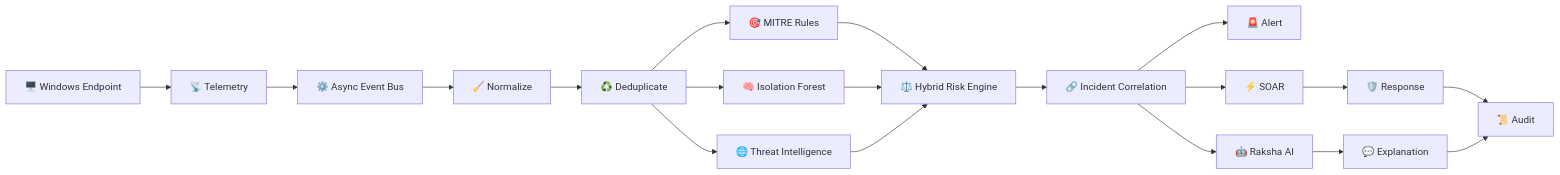
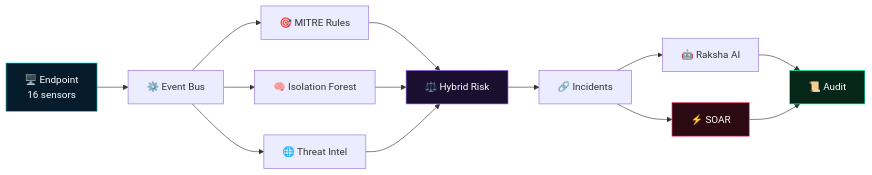
The first of 2 diagrams in README.md (jashchothani/KAVACH), drawn with Mermaid before and after one commit. The commit also changed other lines of this file, not shown here.

````diff
--- a/README.md
+++ b/README.md
@@ -327,28 +37,19 @@
 ```mermaid
 flowchart LR
-
-    A["🖥️ Windows Endpoint"] --> B["📡 Telemetry"]
-    B --> C["⚙️ Async Event Bus"]
-    C --> D["🧹 Normalize"]
-    D --> E["♻️ Deduplicate"]
-
-    E --> F["🎯 MITRE Rules"]
-    E --> G["🧠 Isolation Forest"]
-    E --> H["🌐 Threat Intelligence"]
-
-    F --> I["⚖️ Hybrid Risk Engine"]
-    G --> I
-    H --> I
-
-    I --> J["🔗 Incident Correlation"]
-
-    J --> K["🚨 Alert"]
-    J --> L["⚡ SOAR"]
-    J --> M["🤖 Raksha AI"]
-
-    L --> N["🛡️ Response"]
-    M --> O["💬 Explanation"]
-
-    N --> P["📜 Audit"]
-    O --> P
+    A["🖥️ Endpoint<br/>16 sensors"] --> B["⚙️ Event Bus"]
+    B --> C["🎯 MITRE Rules"]
+    B --> D["🧠 Isolation Forest"]
+    B --> E["🌐 Threat Intel"]
+    C --> F["⚖️ Hybrid Risk"]
+    D --> F
+    E --> F
+    F --> G["🔗 Incidents"]
+    G --> H["🤖 Raksha AI"]
+    G --> I["⚡ SOAR"]
+    H --> J["📜 Audit"]
+    I --> J
+    style A fill:#061B2B,stroke:#00E5FF,color:#fff
+    style F fill:#1a0f2e,stroke:#8B5CF6,color:#fff
+    style I fill:#2b0a14,stroke:#FF3B6B,color:#fff
+    style J fill:#06261a,stroke:#00FF9C,color:#fff
 ```
````
